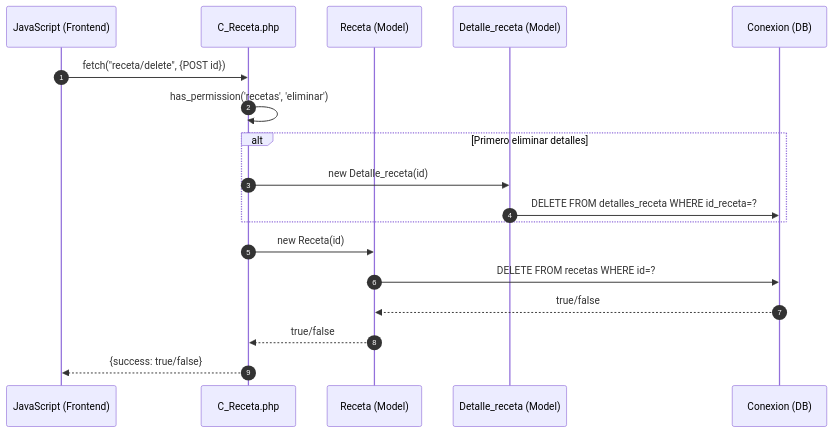
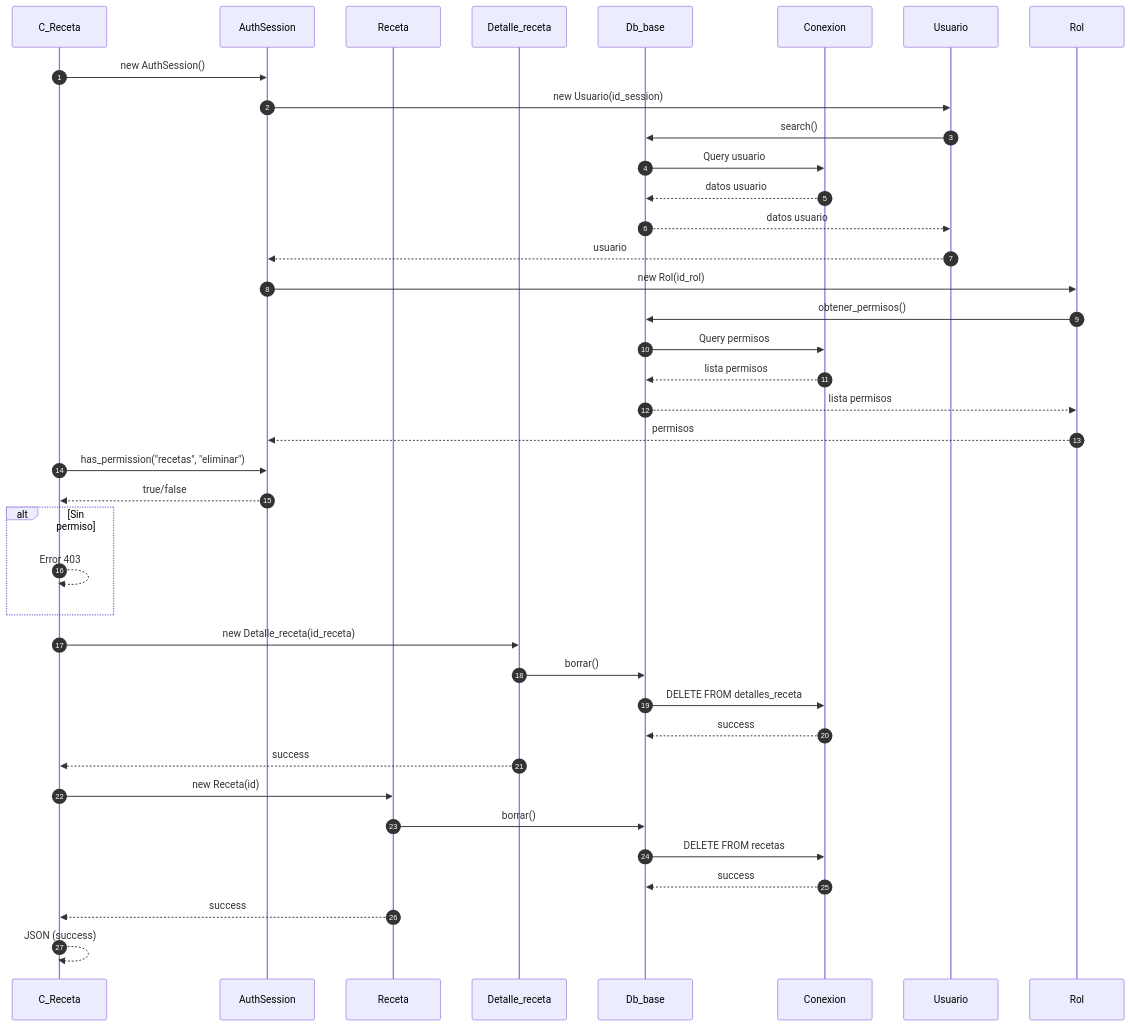
Before and after one commit to Tecrato/BurgerHouse: the fifth of 5 diagrams in docs/secuencia/recetas/recetas.md, drawn with Mermaid. The commit also changed other lines of this file and 13 other files, not shown here.

First line of the commit message:
diagramas actualizaos

````diff
--- a/docs/secuencia/recetas/recetas.md
+++ b/docs/secuencia/recetas/recetas.md
@@ -123,25 +213,46 @@
 ```mermaid
 sequenceDiagram
     autonumber
-    participant JS as JavaScript (Frontend)
-    participant C_Receta as C_Receta.php
-    participant Receta as Receta (Model)
-    participant Detalle_receta as Detalle_receta (Model)
-    participant DB as Conexion (DB)
+    participant C_Receta as C_Receta
+    participant AuthSession as AuthSession
+    participant Receta as Receta
+    participant Detalle_receta as Detalle_receta
+    participant Db_base as Db_base
+    participant Conexion as Conexion
     
-    JS->>C_Receta: fetch("receta/delete", {POST id})
+    C_Receta->>AuthSession: new AuthSession()
+    AuthSession->>Usuario: new Usuario(id_session)
+    Usuario->>Db_base: search()
+    Db_base->>Conexion: Query usuario
+    Conexion-->>Db_base: datos usuario
+    Db_base-->>Usuario: datos usuario
+    Usuario-->>AuthSession: usuario
     
-    C_Receta->>C_Receta: has_permission('recetas', 'eliminar')
+    AuthSession->>Rol: new Rol(id_rol)
+    Rol->>Db_base: obtener_permisos()
+    Db_base->>Conexion: Query permisos
+    Conexion-->>Db_base: lista permisos
+    Db_base-->>Rol: lista permisos
+    Rol-->>AuthSession: permisos
     
-    alt Primero eliminar detalles
-        C_Receta->>Detalle_receta: new Detalle_receta(id)
-        Detalle_receta->>DB: DELETE FROM detalles_receta WHERE id_receta=?
+    C_Receta->>AuthSession: has_permission("recetas", "eliminar")
+    AuthSession-->>C_Receta: true/false
+    
+    alt Sin permiso
+        C_Receta-->>C_Receta: Error 403
     end
     
+    C_Receta->>Detalle_receta: new Detalle_receta(id_receta)
+    Detalle_receta->>Db_base: borrar()
+    Db_base->>Conexion: DELETE FROM detalles_receta
+    Conexion-->>Db_base: success
+    Detalle_receta-->>C_Receta: success
+    
     C_Receta->>Receta: new Receta(id)
-    Receta->>DB: DELETE FROM recetas WHERE id=?
-    DB-->>Receta: true/false
-    Receta-->>C_Receta: true/false
+    Receta->>Db_base: borrar()
+    Db_base->>Conexion: DELETE FROM recetas
+    Conexion-->>Db_base: success
+    Receta-->>C_Receta: success
     
-    C_Receta-->>JS: {success: true/false}
+    C_Receta-->>C_Receta: JSON (success)
 ```
````
